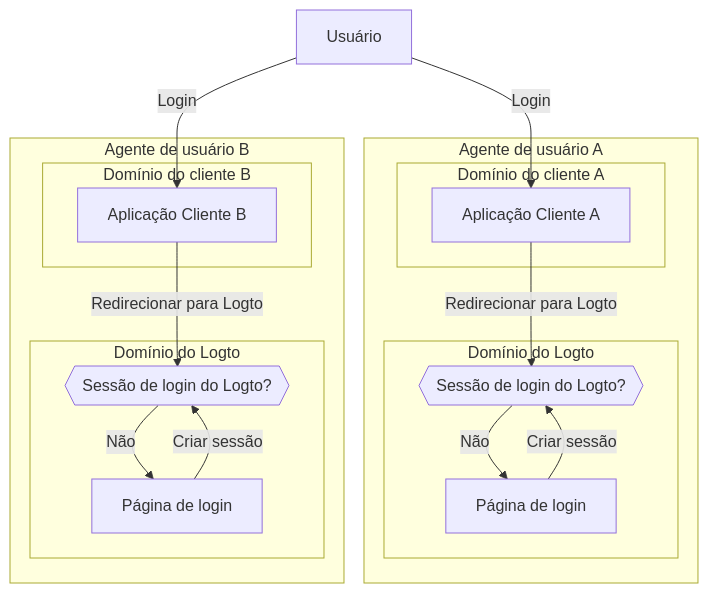
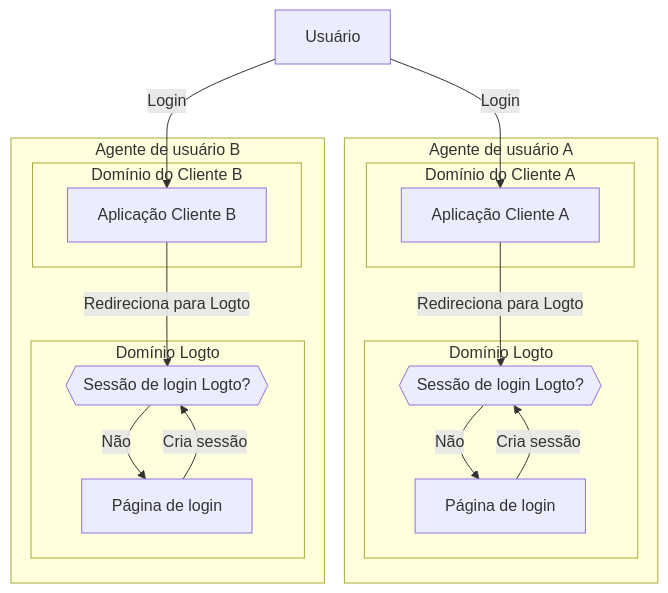
One commit to logto-io/docs changed the third of 3 diagrams in i18n/pt-BR/docusaurus-plugin-content-docs/current/end-user-flows/sign-out.mdx. Above: the diagram before and after it, drawn with Mermaid. The commit also changed other lines of this file and 137 other files, not shown here.

````diff
--- a/i18n/pt-BR/docusaurus-plugin-content-docs/current/end-user-flows/sign-out.mdx
+++ b/i18n/pt-BR/docusaurus-plugin-content-docs/current/end-user-flows/sign-out.mdx
@@ -89,35 +89,35 @@
    ```mermaid
     flowchart TD
     U[Usuário]
 
     subgraph DeviceA [Agente de usuário A]
-      subgraph Layer1 [Domínio do cliente A]
+      subgraph Layer1 [Domínio do Cliente A]
         A[Aplicação Cliente A]
       end
 
-      subgraph Layer2 [Domínio do Logto]
-          C{{Sessão de login do Logto?}}
+      subgraph Layer2 [Domínio Logto]
+          C{{Sessão de login Logto?}}
           D[Página de login]
       end
     end
 
     subgraph DeviceB [Agente de usuário B]
-      subgraph Layer3 [Domínio do cliente B]
+      subgraph Layer3 [Domínio do Cliente B]
         B[Aplicação Cliente B]
       end
 
-      subgraph Layer4 [Domínio do Logto]
-          E{{Sessão de login do Logto?}}
+      subgraph Layer4 [Domínio Logto]
+          E{{Sessão de login Logto?}}
           F[Página de login]
       end
     end
 
     U --> |Login| A
-    A --> |Redirecionar para Logto| C
+    A --> |Redireciona para Logto| C
     U --> |Login| B
-    B --> |Redirecionar para Logto| E
+    B --> |Redireciona para Logto| E
     C --> |Não| D
     E --> |Não| F
-    D --> |Criar sessão| C
-    F --> |Criar sessão| E
+    D --> |Cria sessão| C
+    F --> |Cria sessão| E
    ```
````
